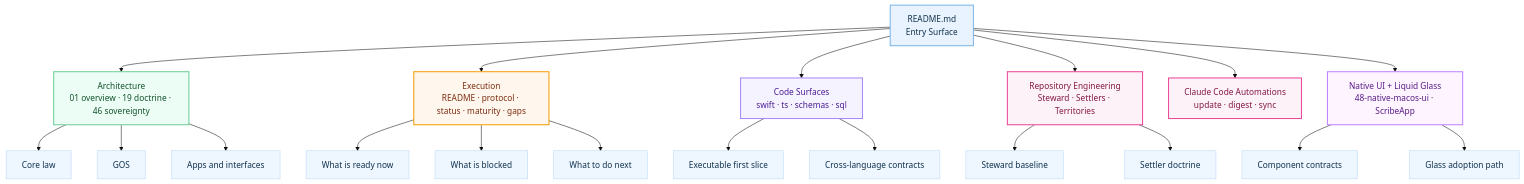
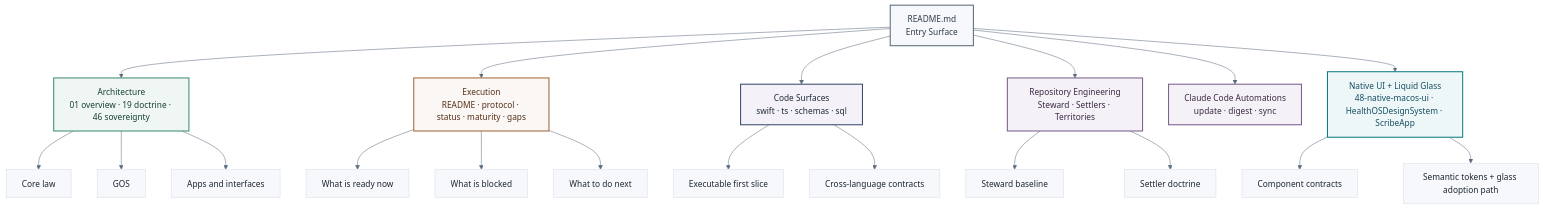
Before and after one commit to myselfgus/HealthOScaffold: the eighth of 12 diagrams in README.md, drawn with Mermaid. The commit also changed other lines of this file, not shown here.

Commit message:
docs(readme): align diagrams with design system

````diff
--- a/README.md
+++ b/README.md
@@ -537,34 +567,34 @@
 ```mermaid
-%%{init: {'theme': 'base', 'themeVariables': {'primaryColor': '#eef6ff', 'primaryBorderColor': '#b8d7f5', 'primaryTextColor': '#11324d', 'clusterBkg': '#fbfdff', 'clusterBorder': '#d7e7f5', 'titleColor': '#0f172a', 'edgeLabelBackground': '#f8fbff', 'fontFamily': 'ui-rounded, -apple-system, BlinkMacSystemFont, sans-serif'}}}%%
+%%{init: {'theme': 'base', 'themeVariables': {'primaryColor': '#F6F8FB', 'primaryBorderColor': '#D6DEE8', 'primaryTextColor': '#1D2733', 'clusterBkg': '#FFFFFF', 'clusterBorder': '#D6DEE8', 'titleColor': '#1D2733', 'lineColor': '#5B6B7C', 'edgeLabelBackground': '#F6F8FB', 'fontFamily': 'ui-rounded, -apple-system, BlinkMacSystemFont, sans-serif'}}}%%
 flowchart TD
-    classDef entry   fill:#e8f3ff,stroke:#7db7e8,stroke-width:2px,color:#12324a
-    classDef arch    fill:#ecfdf5,stroke:#6fcf97,stroke-width:2px,color:#14532d
-    classDef exec    fill:#fff7ed,stroke:#f59e0b,stroke-width:2px,color:#7c2d12
-    classDef code    fill:#f5f3ff,stroke:#a78bfa,stroke-width:2px,color:#4c1d95
-    classDef steward fill:#fdf2f8,stroke:#ec4899,stroke-width:2px,color:#831843
-    classDef ui      fill:#fdf4ff,stroke:#c084fc,stroke-width:2px,color:#581c87
+    classDef entry   fill:#F6F8FB,stroke:#5B6B7C,stroke-width:2px,color:#2F3C4A
+    classDef arch    fill:#F0F6F3,stroke:#3E8E6F,stroke-width:2px,color:#174234
+    classDef exec    fill:#FAF7F4,stroke:#A1693A,stroke-width:2px,color:#553018
+    classDef code    fill:#F4F2F8,stroke:#3B4A6B,stroke-width:2px,color:#202A3A
+    classDef steward fill:#F5F2F7,stroke:#7B5E8E,stroke-width:2px,color:#3A2946
+    classDef ui      fill:#EEF7F8,stroke:#0E7C86,stroke-width:2px,color:#164E63
 
     R[README.md\nEntry Surface]:::entry
 
     A1[Architecture\n01 overview · 19 doctrine · 46 sovereignty]:::arch
     A2[Execution\nREADME · protocol · status · maturity · gaps]:::exec
     A3[Code Surfaces\nswift · ts · schemas · sql]:::code
     A4[Repository Engineering\nSteward · Settlers · Territories]:::steward
     A5[Claude Code Automations\nupdate · digest · sync]:::steward
-    A6[Native UI + Liquid Glass\n48-native-macos-ui · ScribeApp]:::ui
+    A6[Native UI + Liquid Glass\n48-native-macos-ui · HealthOSDesignSystem · ScribeApp]:::ui
 
     R --> A1 & A2 & A3 & A4 & A5 & A6
 
     A1 --> A11[Core law]
     A1 --> A12[GOS]
     A1 --> A13[Apps and interfaces]
     A2 --> A21[What is ready now]
     A2 --> A22[What is blocked]
     A2 --> A23[What to do next]
     A3 --> A31[Executable first slice]
     A3 --> A32[Cross-language contracts]
     A4 --> A41[Steward baseline]
     A4 --> A42[Settler doctrine]
     A6 --> A61[Component contracts]
-    A6 --> A62[Glass adoption path]
+    A6 --> A62[Semantic tokens + glass adoption path]
 ```
````
